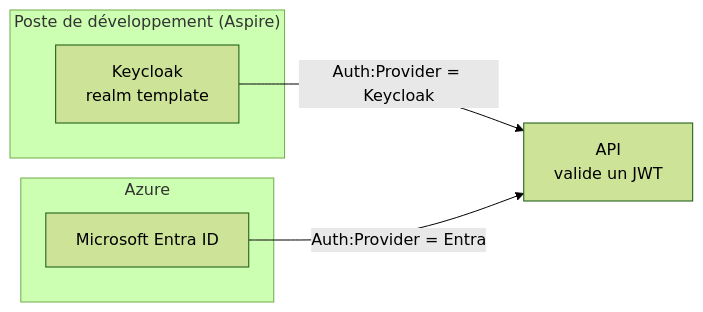
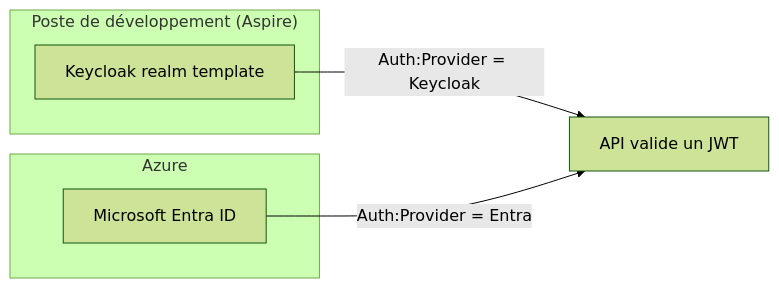
Before and after one commit to FlorianDrevet/template-CQRS: the second of 2 diagrams in docs/wiki/Identité.md, drawn with Mermaid (forest theme). The commit also changed 16 other files, not shown here.

Commit message:
docs: fix reference review findings and strip HTML from wiki mermaid labels

````diff
--- a/docs/wiki/Identité.md
+++ b/docs/wiki/Identité.md
@@ -162,12 +162,12 @@
 ```mermaid
 graph LR
     subgraph Local["Poste de développement (Aspire)"]
-        KC[Keycloak<br/>realm template]
+        KC[Keycloak realm template]
     end
     subgraph Azure["Azure"]
         EN[Microsoft Entra ID]
     end
-    API[API<br/>valide un JWT]
+    API[API valide un JWT]
     KC -- "Auth:Provider = Keycloak" --> API
     EN -- "Auth:Provider = Entra" --> API
 ```
````
